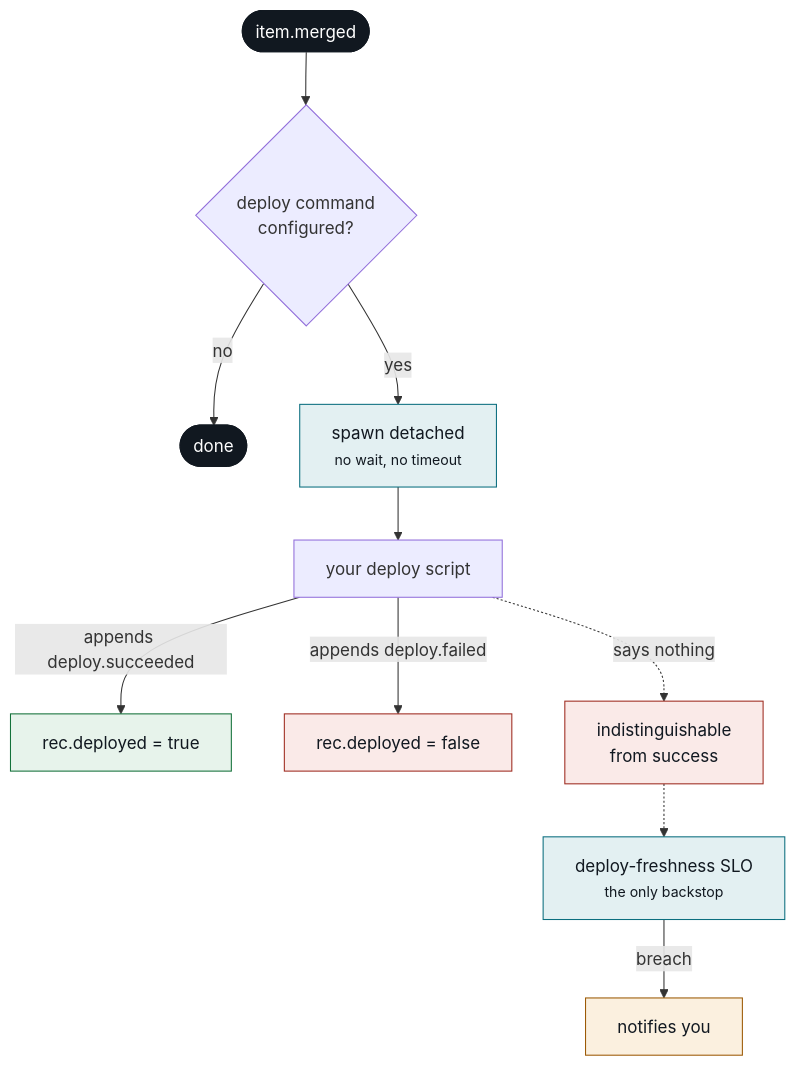
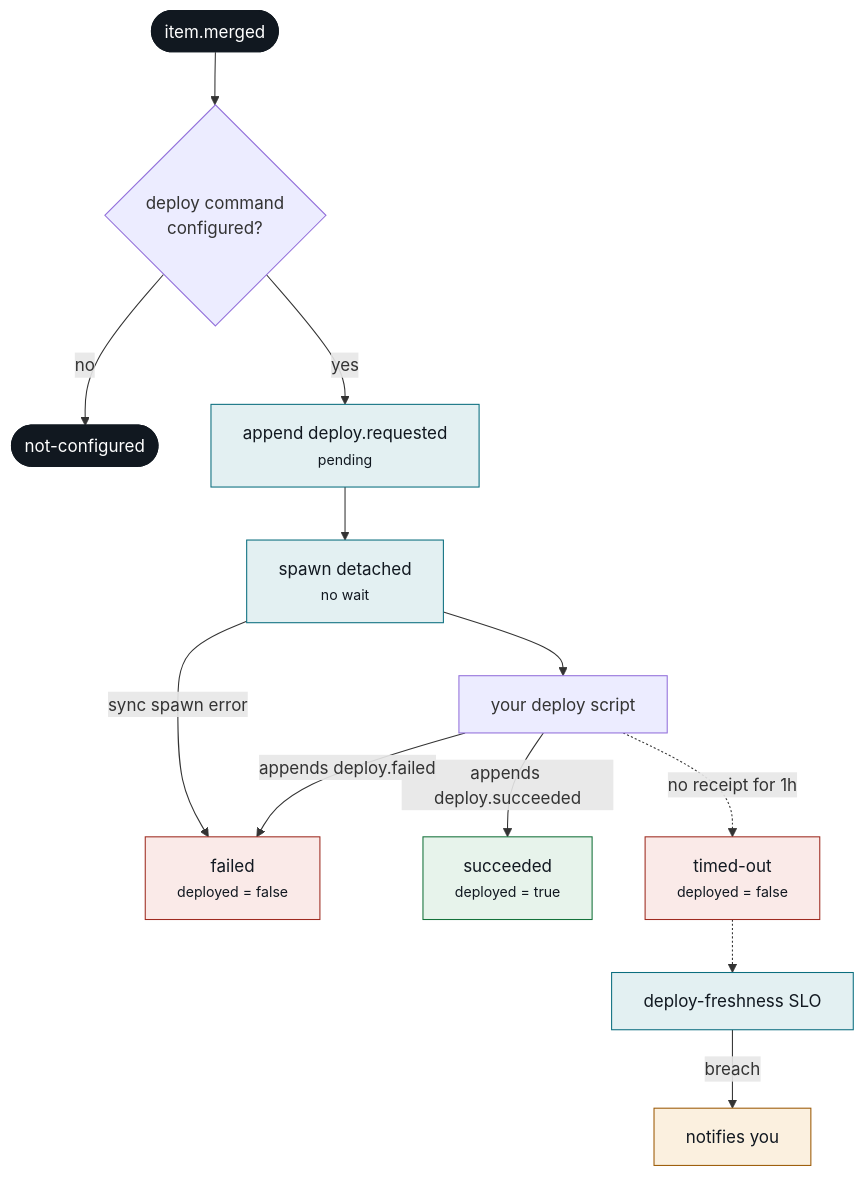
The tenth of 11 diagrams in docs/plane-flows.md (MrChikns/loopkit), drawn with Mermaid before and after one commit. The commit also changed other lines of this file and 13 other files, not shown here.

````diff
--- a/docs/plane-flows.md
+++ b/docs/plane-flows.md
@@ -574,23 +575,25 @@
 ```mermaid
 flowchart TD
   M(["item.merged"]) --> F{"deploy command<br/>configured?"}
-  F -->|no| FIN(["done"])
-  F -->|yes| SP["spawn detached<br/><small>no wait, no timeout</small>"]
+  F -->|no| FIN(["not-configured"])
+  F -->|yes| REQ["append deploy.requested<br/><small>pending</small>"]
+  REQ --> SP["spawn detached<br/><small>no wait</small>"]
+  SP -->|sync spawn error| BAD["failed"]
   SP --> SCRIPT["your deploy script"]
-  SCRIPT -->|appends deploy.succeeded| OK["rec.deployed = true"]
-  SCRIPT -->|appends deploy.failed| BAD["rec.deployed = false"]
-  SCRIPT -.->|says nothing| SILENT["indistinguishable<br/>from success"]
-  SILENT -.-> SLO["deploy-freshness SLO<br/><small>the only backstop</small>"]
+  SCRIPT -->|appends deploy.succeeded| OK["succeeded<br/><small>deployed = true</small>"]
+  SCRIPT -->|appends deploy.failed| BAD["failed<br/><small>deployed = false</small>"]
+  SCRIPT -.->|no receipt for 1h| TIME["timed-out<br/><small>deployed = false</small>"]
+  TIME -.-> SLO["deploy-freshness SLO"]
   SLO -->|breach| NOTE["notifies you"]
 
   classDef term fill:#111820,stroke:#111820,color:#ffffff
   classDef step fill:#E3F0F2,stroke:#0B6E7F,color:#111820
   classDef pass fill:#E7F3EB,stroke:#14713A,color:#111820
   classDef hold fill:#FBF0DF,stroke:#9C5A06,color:#111820
   classDef stop fill:#FAEAE8,stroke:#9E2B20,color:#111820
   class M,FIN term
-  class SP,SLO step
+  class REQ,SP,SLO step
   class OK pass
   class NOTE hold
-  class BAD,SILENT stop
+  class BAD,TIME stop
 ```
````
